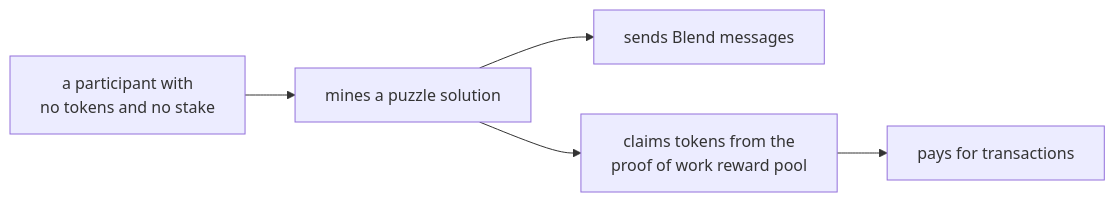
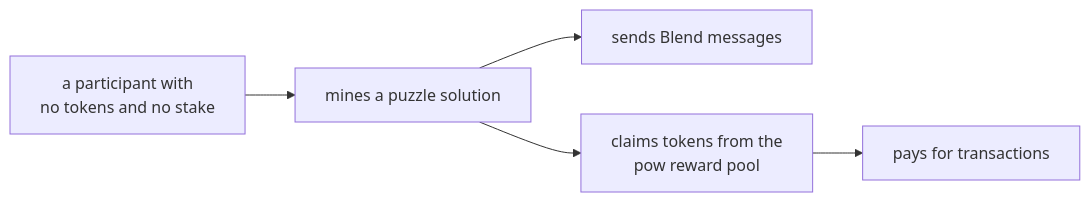
Before and after one commit to logos-co/logos-lips: the first of 4 diagrams in docs/blockchain/raw/proof-of-work.md, drawn with Mermaid. The commit also changed other lines of this file and 2 other files, not shown here.

Commit message:
pow,genesis,mantle: name the pool the pow reward pool

````diff
--- a/docs/blockchain/raw/proof-of-work.md
+++ b/docs/blockchain/raw/proof-of-work.md
@@ -43,7 +43,7 @@
 ```mermaid
 graph LR
     p["a participant with<br/>no tokens and no stake"] --> s["mines a puzzle solution"]
     s --> b["sends Blend messages"]
-    s --> c["claims tokens from the<br/>proof of work reward pool"]
+    s --> c["claims tokens from the<br/>pow reward pool"]
     c --> t["pays for transactions"]
 ```
````
